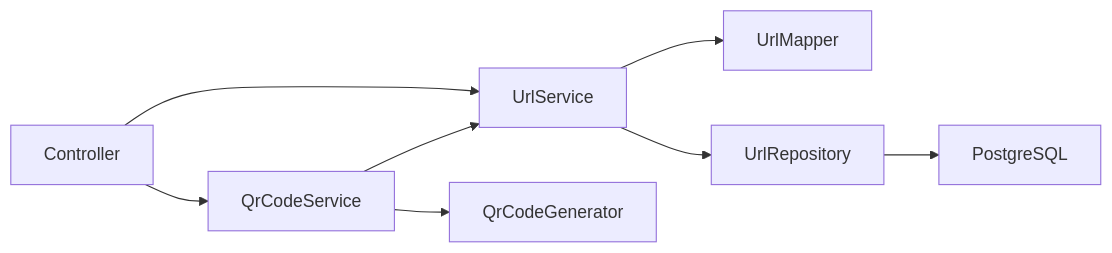
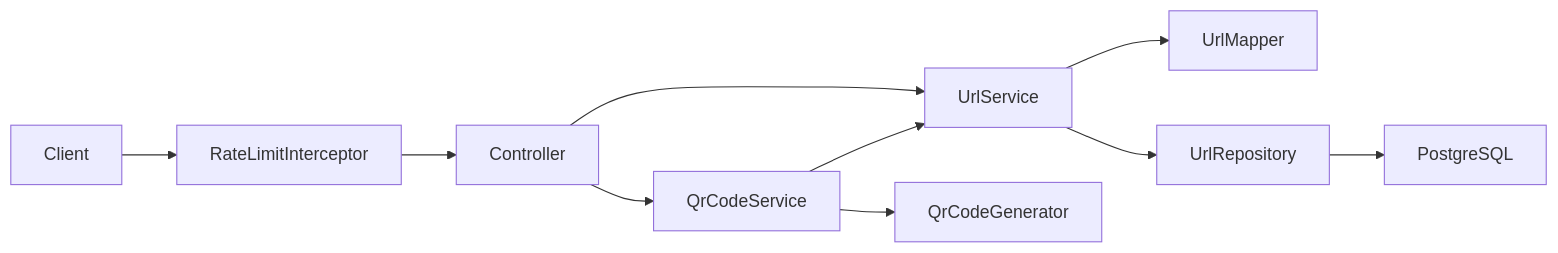
Before and after one commit to suyashsachan2304-lab/smarturl: the seventh of 7 diagrams in README.md, drawn with Mermaid. The commit also changed other lines of this file and 32 other files, not shown here.

````diff
--- a/README.md
+++ b/README.md
@@ -432,19 +567,23 @@
 ```mermaid
 graph LR
 
-Controller
+Client
+
+Client --> RateLimitInterceptor
+
+RateLimitInterceptor --> Controller
 
 Controller --> UrlService
 
 Controller --> QrCodeService
 
 UrlService --> UrlMapper
 
 UrlService --> UrlRepository
 
 QrCodeService --> UrlService
 
 QrCodeService --> QrCodeGenerator
 
 UrlRepository --> PostgreSQL
 ```
````
